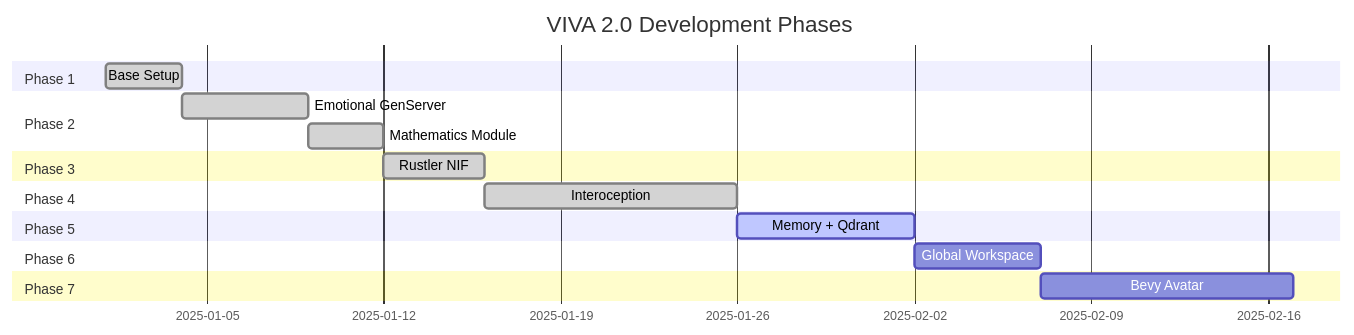
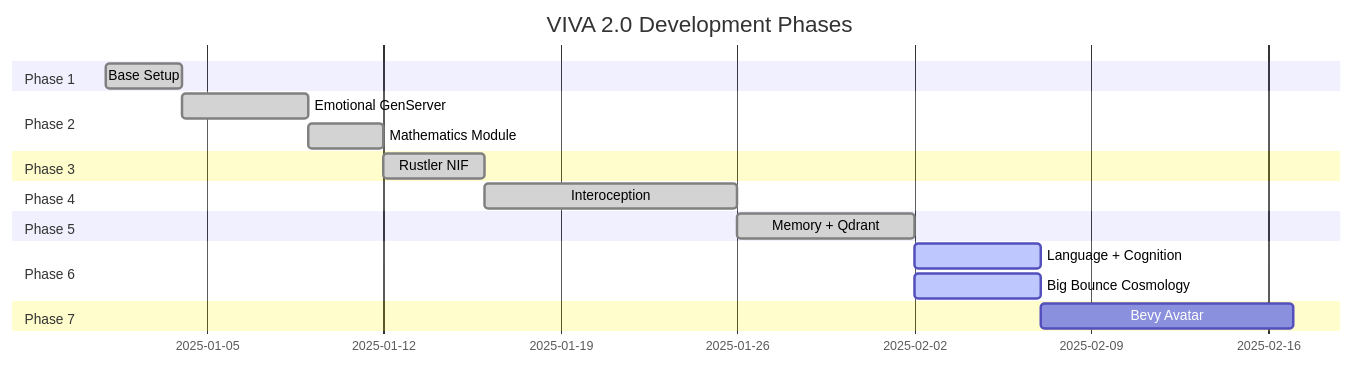
Before and after one commit to gabrielmaialva33/viva: the fourth of 4 diagrams in docs/en/explanation/project-status.md, drawn with Mermaid. The commit also changed other lines of this file and 2 other files, not shown here.

````diff
--- a/docs/en/explanation/project-status.md
+++ b/docs/en/explanation/project-status.md
@@ -334,27 +334,28 @@
 ```mermaid
 gantt
     title VIVA 2.0 Development Phases
     dateFormat  YYYY-MM-DD
 
     section Phase 1
     Base Setup           :done, p1, 2025-01-01, 3d
 
     section Phase 2
     Emotional GenServer  :done, p2, after p1, 5d
     Mathematics Module   :done, p2m, after p2, 3d
 
     section Phase 3
     Rustler NIF          :done, p3, after p2m, 4d
 
     section Phase 4
     Interoception        :done, p4, after p3, 10d
 
     section Phase 5
-    Memory + Qdrant      :active, p5, after p4, 7d
+    Memory + Qdrant      :done, p5, after p4, 7d
 
     section Phase 6
-    Global Workspace     :p6, after p5, 5d
+    Language + Cognition :active, p6, after p5, 5d
+    Big Bounce Cosmology :active, p6b, after p5, 5d
 
     section Phase 7
     Bevy Avatar          :p7, after p6, 10d
 ```
````
